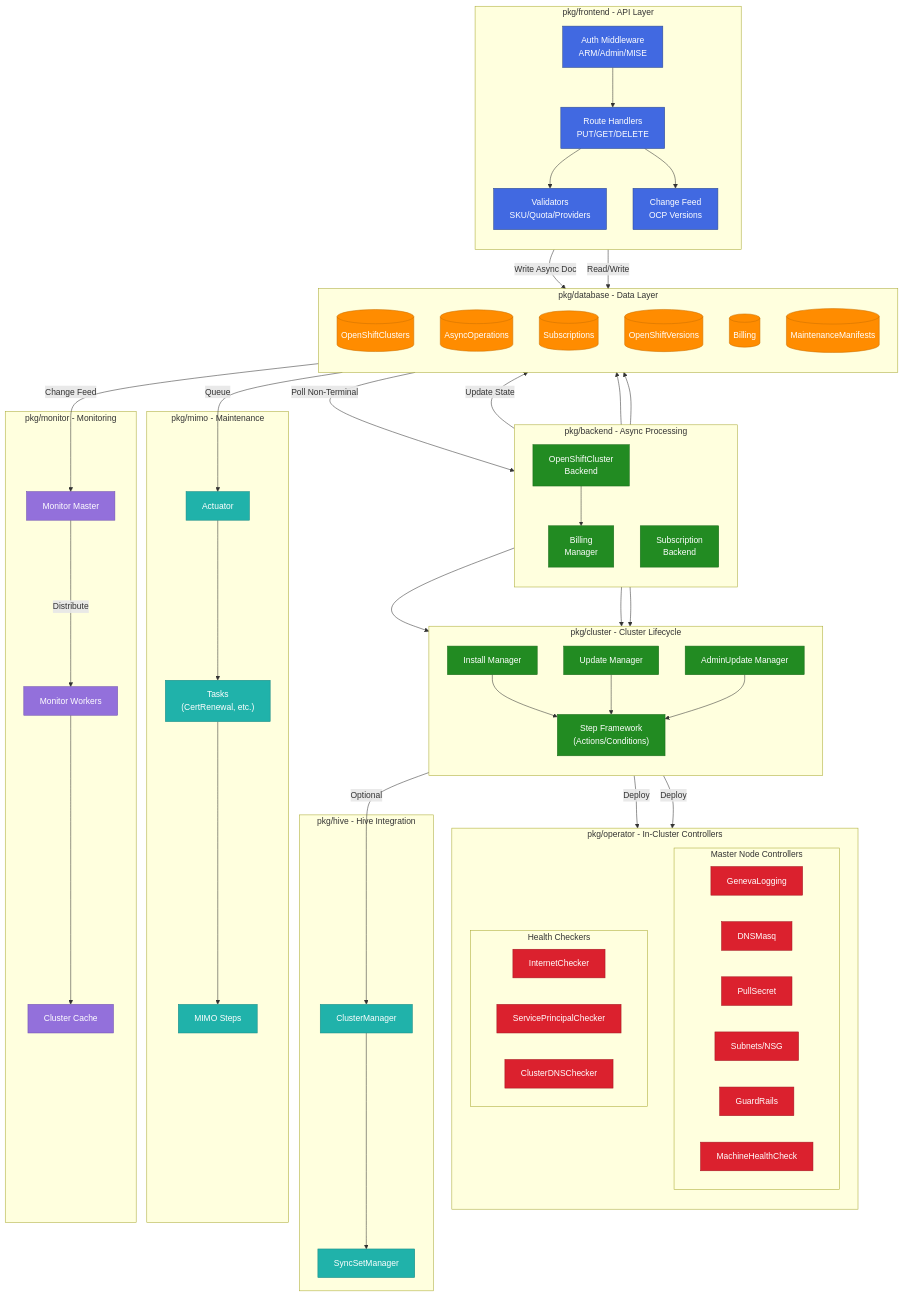
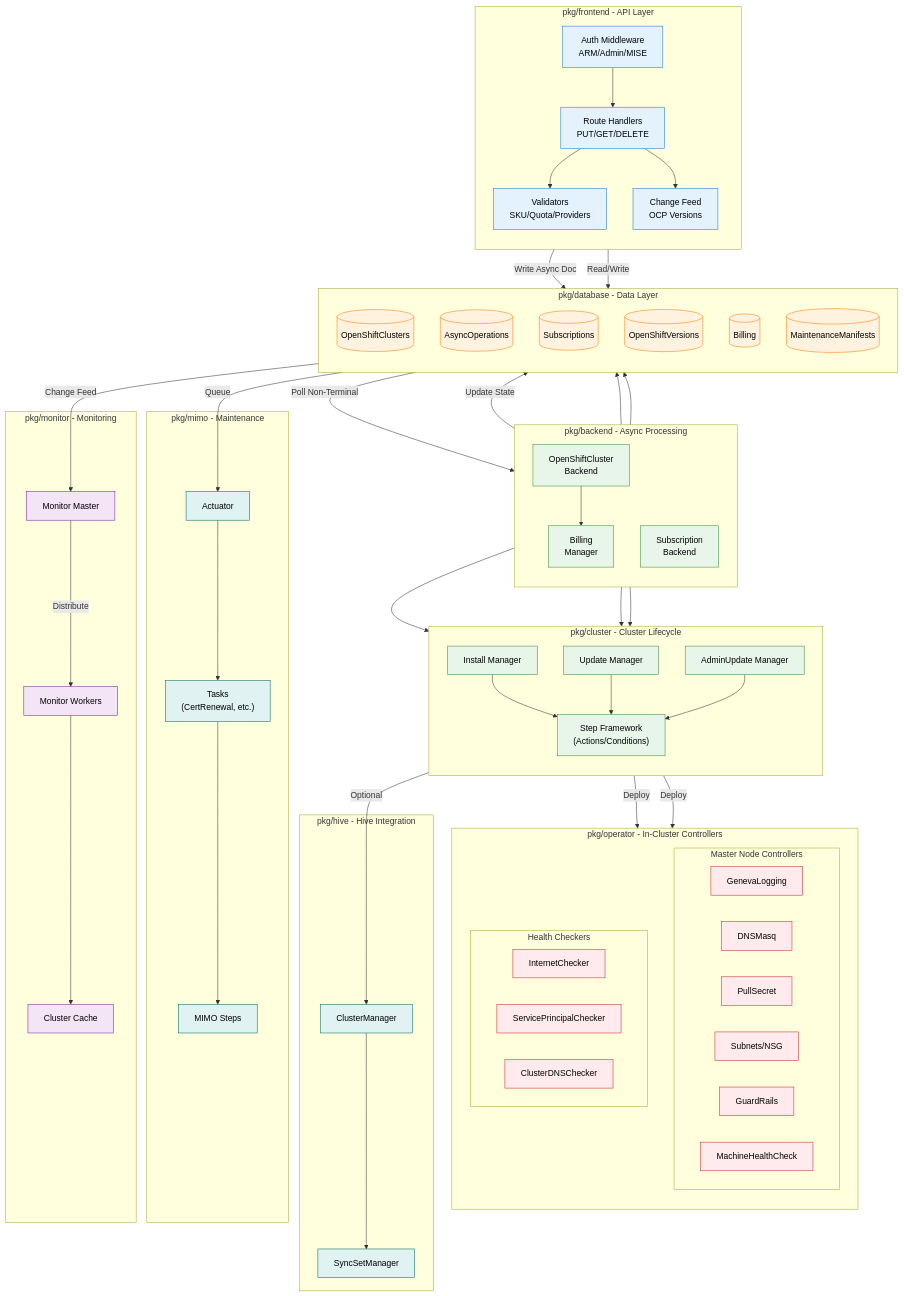
The second of 3 diagrams in docs/architecture-diagrams.md (Azure/ARO-RP), drawn with Mermaid before and after one commit. The commit also changed other lines of this file, not shown here.

Commit message:
changed color scheme

```diff
--- a/docs/architecture-diagrams.md
+++ b/docs/architecture-diagrams.md
@@ -210,12 +210,12 @@
     STEPS -->|"Deploy"| Checkers
 
     %% Styling
-    classDef frontend fill:#4169E1,stroke:#2E4A8C,color:white
-    classDef backend fill:#228B22,stroke:#1A6B1A,color:white
-    classDef db fill:#FF8C00,stroke:#CC7000,color:white
-    classDef operator fill:#DB212E,stroke:#A31621,color:white
-    classDef monitor fill:#9370DB,stroke:#7050B0,color:white
-    classDef mimo fill:#20B2AA,stroke:#188A85,color:white
+    classDef frontend fill:#E3F2FD,stroke:#1976D2,color:#000
+    classDef backend fill:#E8F5E9,stroke:#388E3C,color:#000
+    classDef db fill:#FFF3E0,stroke:#F57C00,color:#000
+    classDef operator fill:#FFEBEE,stroke:#C62828,color:#000
+    classDef monitor fill:#F3E5F5,stroke:#7B1FA2,color:#000
+    classDef mimo fill:#E0F2F1,stroke:#00695C,color:#000
 
     class AUTH,ROUTES,VALID,CHANGEFEED frontend
     class OCBACKEND,SUBBACKEND,BILLING,INSTALL,UPDATE,ADMIN,STEPS backend
```
